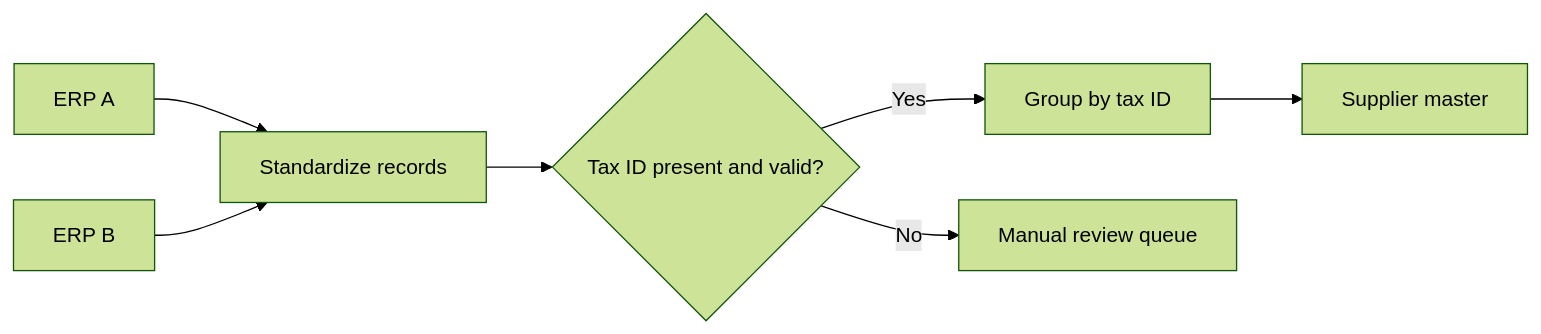
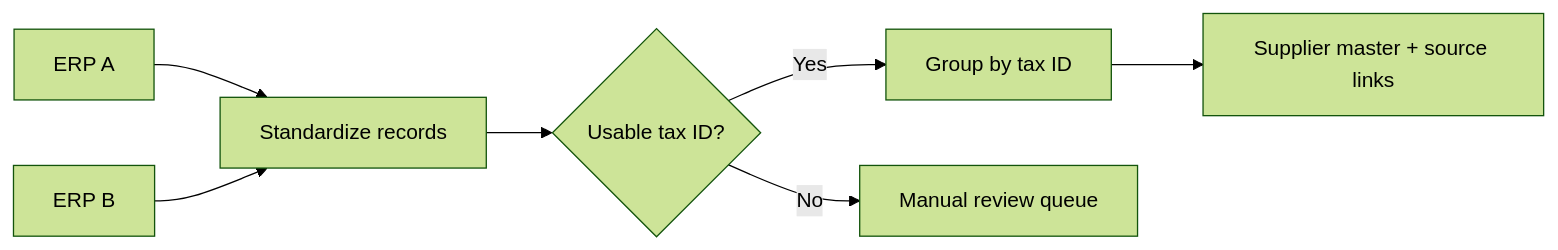
Before and after one commit to VivianLaFarina/VivianLaFarina: the diagram in README.md, drawn with Mermaid (forest theme). The commit also changed other lines of this file, not shown here.

````diff
--- a/README.md
+++ b/README.md
@@ -26,9 +30,9 @@
 ```mermaid
 flowchart LR
     A["ERP A"] --> C["Standardize records"]
     B["ERP B"] --> C
-    C --> D{"Tax ID present and valid?"}
+    C --> D{"Usable tax ID?"}
     D -->|Yes| E["Group by tax ID"]
-    E --> F["Supplier master"]
+    E --> F["Supplier master + source links"]
     D -->|No| G["Manual review queue"]
 ```
````
